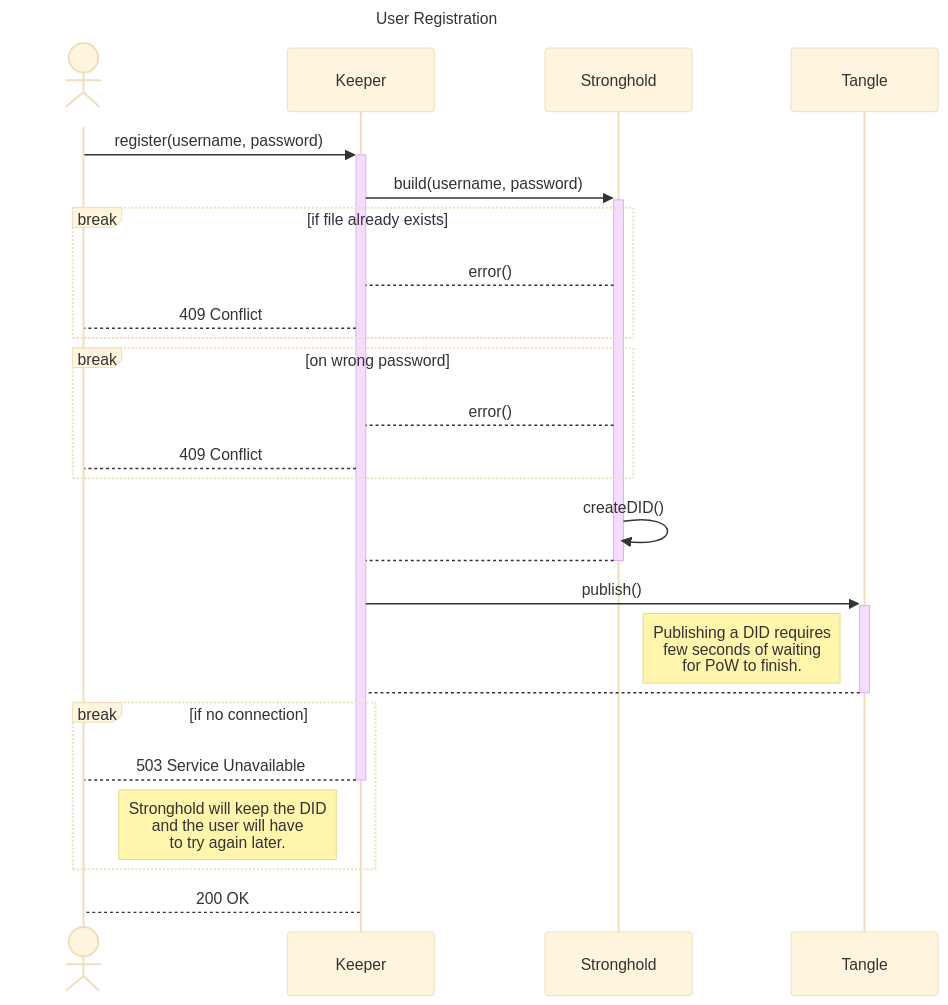
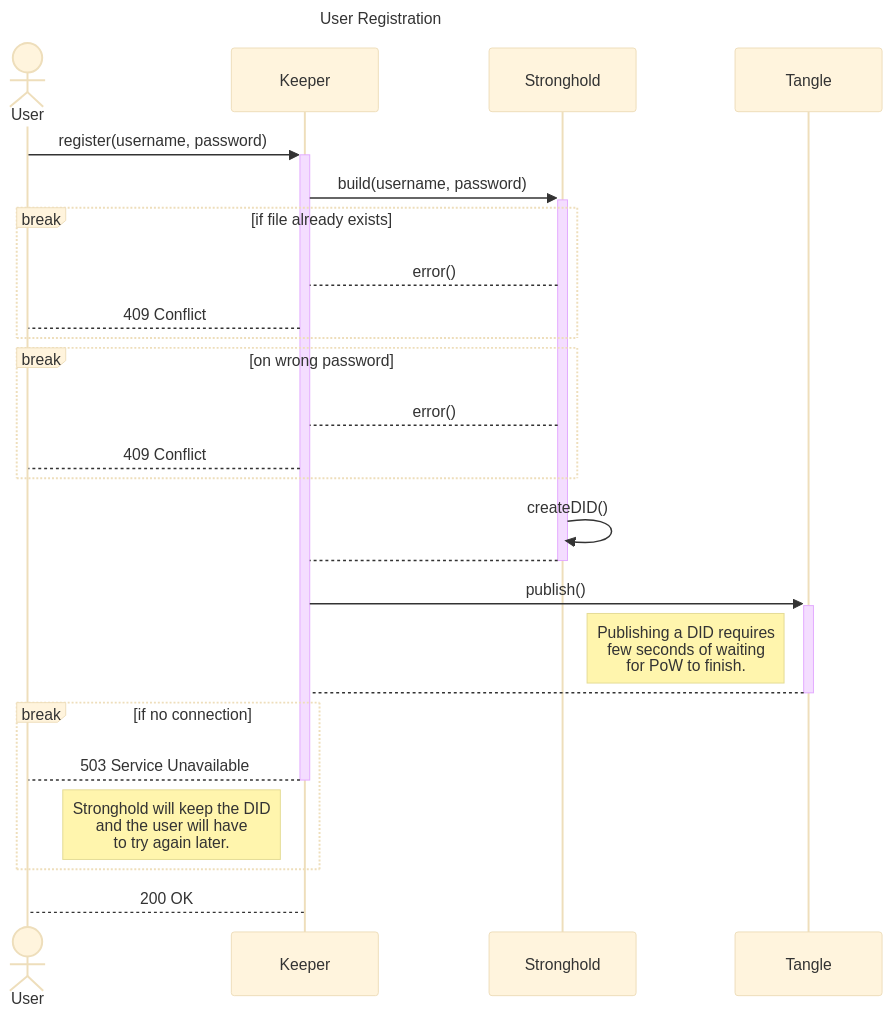
The first of 3 diagrams in keeper/README.md (kkmarv/IOTA-Digital-Student-ID), drawn with Mermaid (base theme) before and after one commit. The commit also changed other lines of this file, not shown here.

Commit message:
add User name

````diff
--- a/keeper/README.md
+++ b/keeper/README.md
@@ -12,31 +12,31 @@
 ```mermaid
 ---
 title: User Registration
 ---
 sequenceDiagram
-    actor U as 
+    actor U as User
     participant K as Keeper
     participant S as Stronghold
     participant T as Tangle
 
     U->>+K: register(username, password)
     K->>+S: build(username, password)
     break if file already exists
         S-->K: error()
         K-->U: 409 Conflict
     end
     break on wrong password
         S-->K: error()
         K-->U: 409 Conflict
     end
     S->>S: createDID()
     S-->-K: 
     K->>+T: publish()
     Note left of T: Publishing a DID requires <br> few seconds of waiting <br> for PoW to finish.
     T-->-K: 
     break if no connection
         K-->-U: 503 Service Unavailable
         Note left of K: Stronghold will keep the DID <br> and the user will have <br> to try again later.
     end
     K-->U: 200 OK
 ```
````
